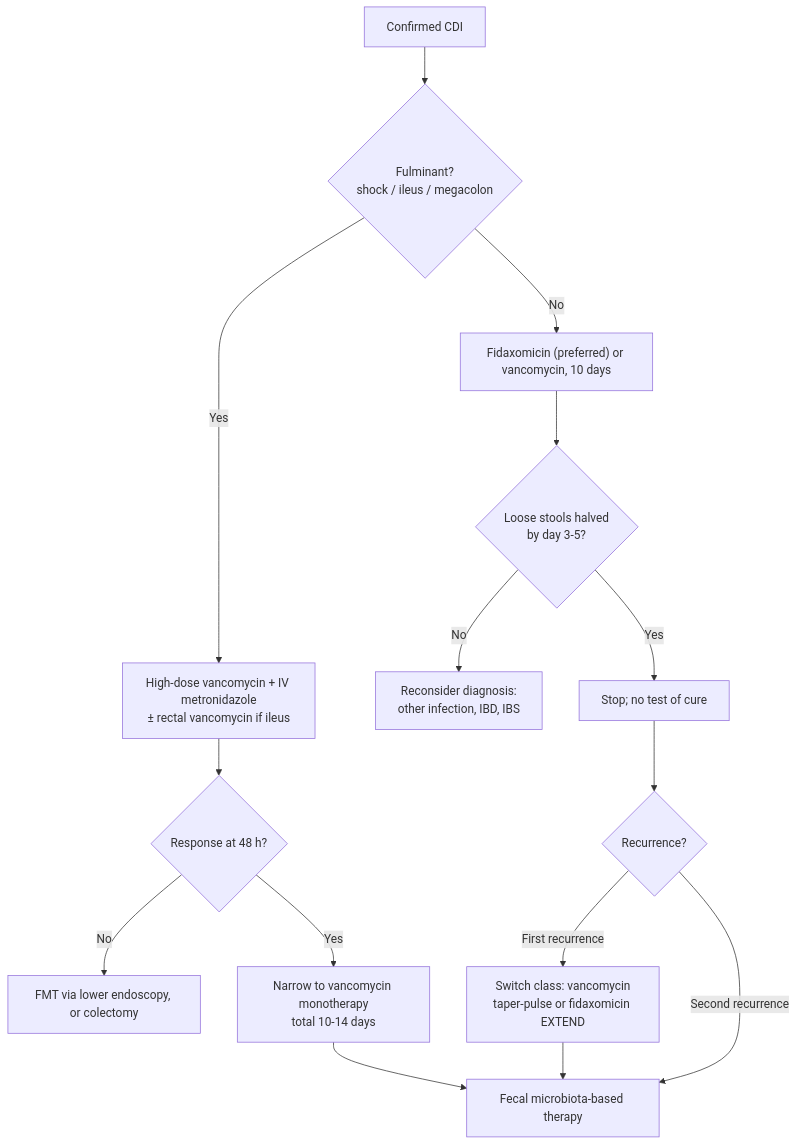
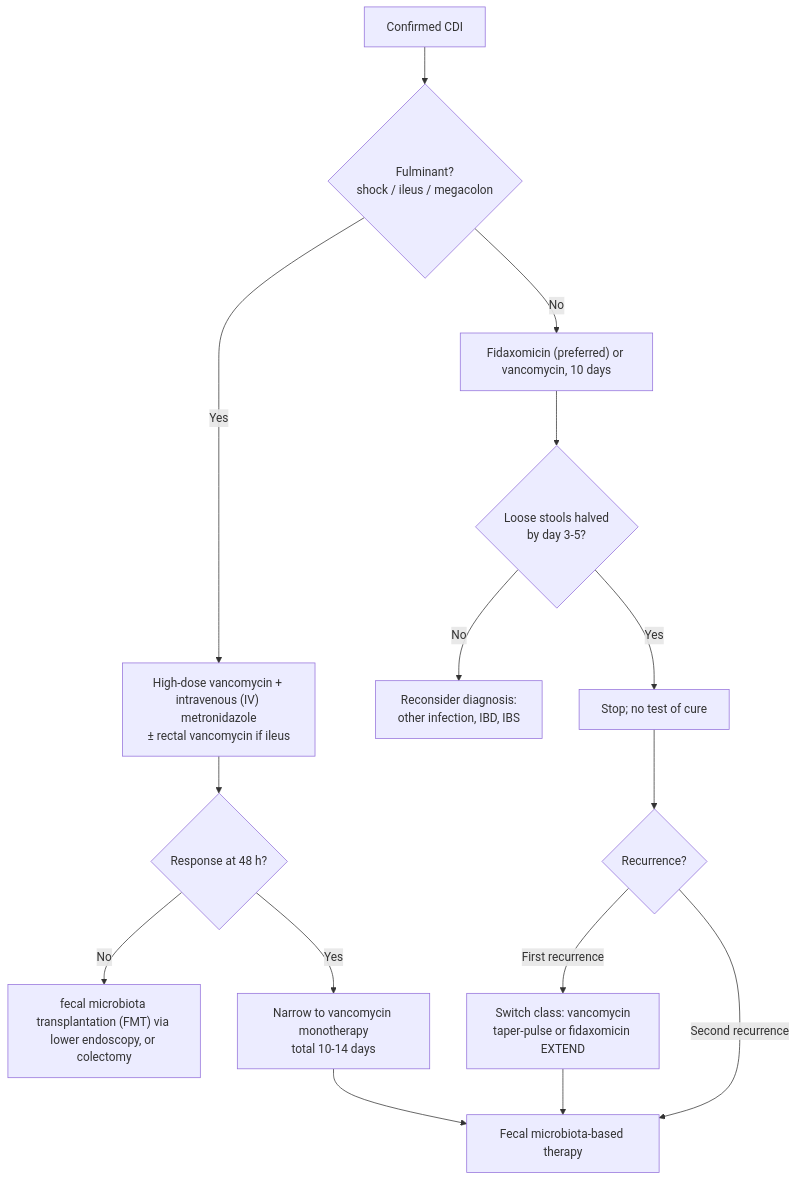
One commit to KHNickLeMD/KHNL-GI-Wiki changed the diagram in KHNL-GI-Wiki/wiki/1-disease-scripts/colorectal-diseases/infections/clostridioides-difficile.md. Above: the diagram before and after it, drawn with Mermaid. The commit also changed other lines of this file and 620 other files, not shown here.

````diff
--- a/KHNL-GI-Wiki/wiki/1-disease-scripts/colorectal-diseases/infections/clostridioides-difficile.md
+++ b/KHNL-GI-Wiki/wiki/1-disease-scripts/colorectal-diseases/infections/clostridioides-difficile.md
@@ -130,17 +130,17 @@
 ```mermaid
 flowchart TD
     A["Confirmed CDI"] --> B{"Fulminant?<br/>shock / ileus / megacolon"}
-    B -->|"Yes"| C["High-dose vancomycin + IV metronidazole<br/>± rectal vancomycin if ileus"]
+    B -->|"Yes"| C["High-dose vancomycin + intravenous (IV) metronidazole<br/>± rectal vancomycin if ileus"]
     C --> D{"Response at 48 h?"}
-    D -->|"No"| E["FMT via lower endoscopy, or colectomy"]
+    D -->|"No"| E["fecal microbiota transplantation (FMT) via lower endoscopy, or colectomy"]
     D -->|"Yes"| F["Narrow to vancomycin monotherapy<br/>total 10-14 days"]
     B -->|"No"| G["Fidaxomicin (preferred) or vancomycin, 10 days"]
     G --> H{"Loose stools halved<br/>by day 3-5?"}
     H -->|"No"| I["Reconsider diagnosis:<br/>other infection, IBD, IBS"]
     H -->|"Yes"| J["Stop; no test of cure"]
     J --> K{"Recurrence?"}
     K -->|"First recurrence"| L["Switch class: vancomycin<br/>taper-pulse or fidaxomicin EXTEND"]
     K -->|"Second recurrence"| M["Fecal microbiota-based therapy"]
     L --> M
     F --> M
 ```
````
